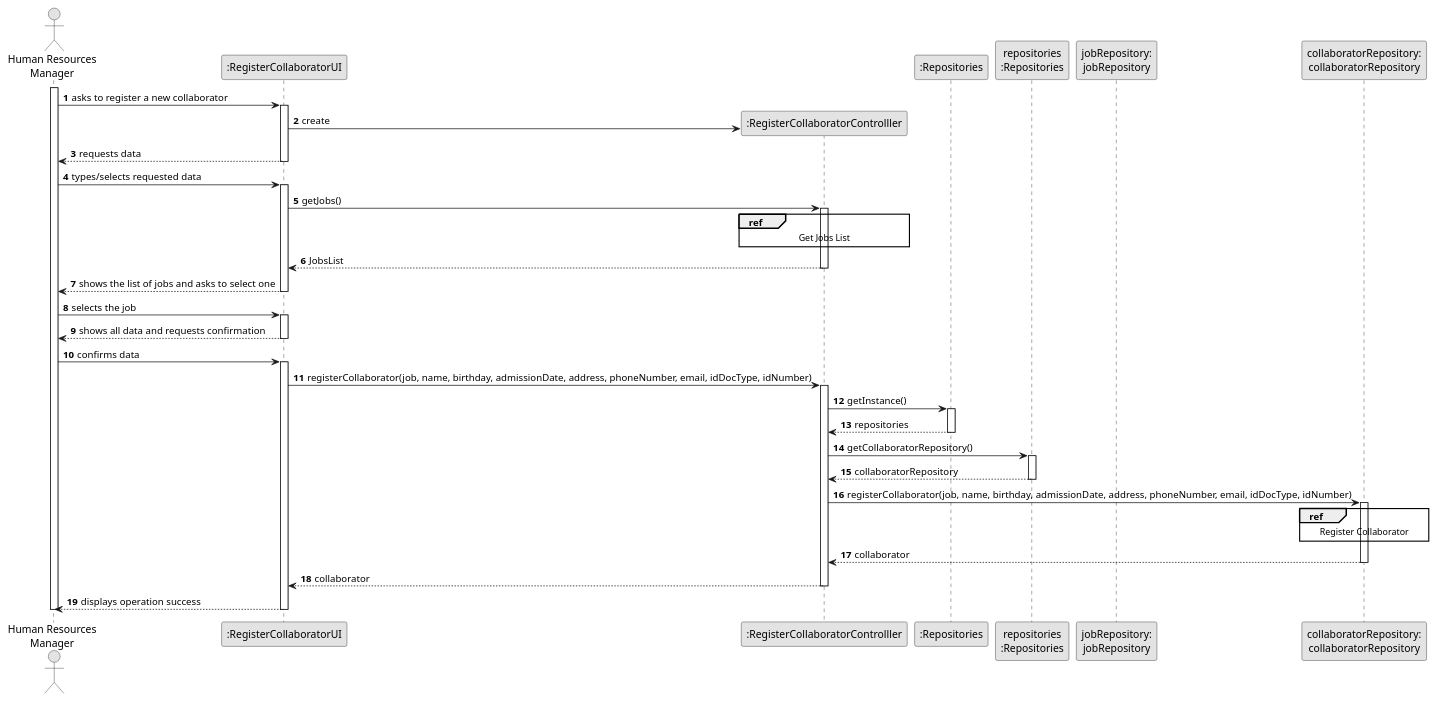
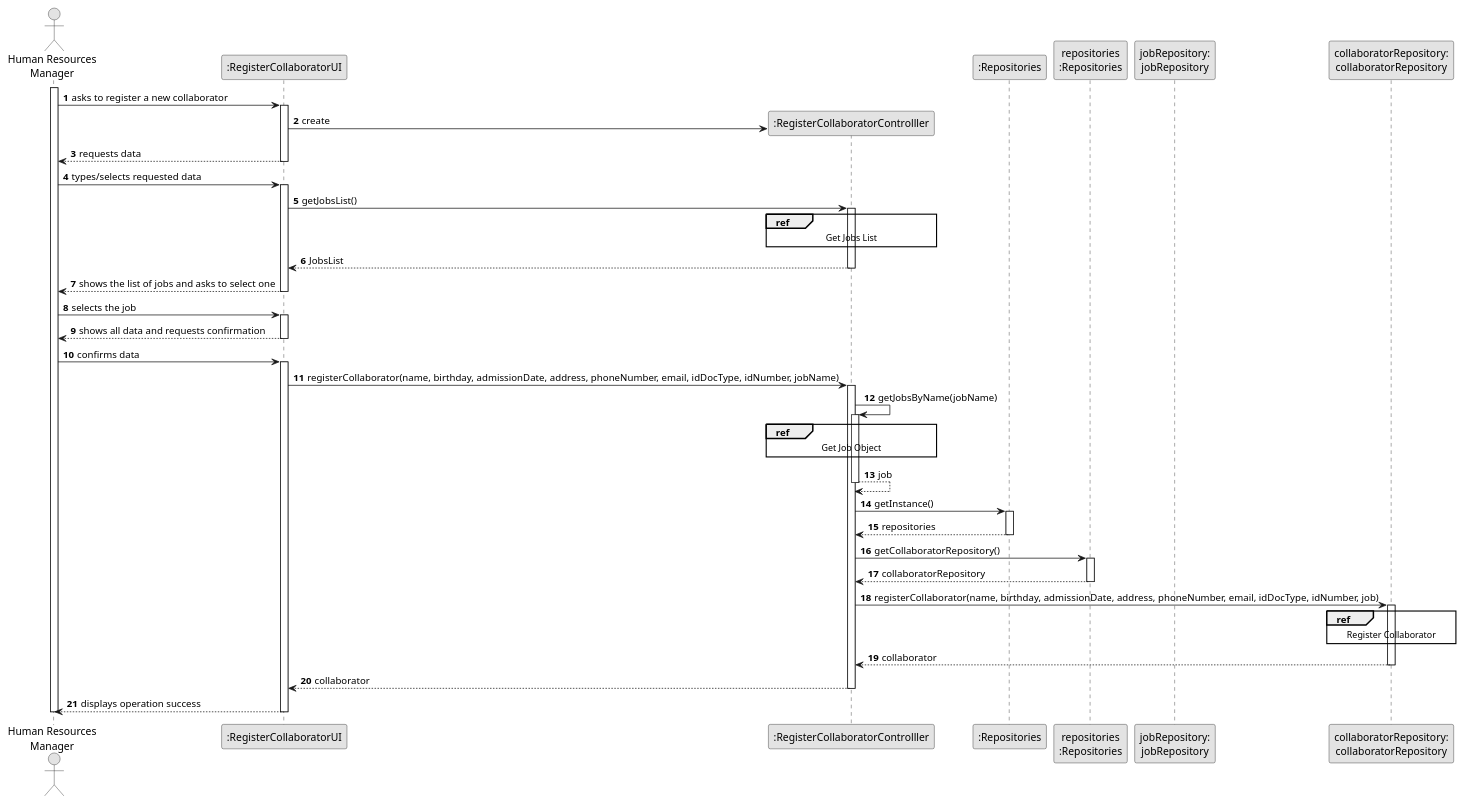
The diagram in docs/sprintA&B/us003/03.design/puml/us003-sequence-diagram-split.puml (daniel41silva05/ISEP_2023_2024_LAPR2), drawn with PlantUML before and after one commit. The commit also changed 15 other files, not shown here.

Commit message:
ED-17: US3 - corrections in coherence between sequence diagram, class diagram and implementation

```diff
--- a/docs/sprintA&B/us003/03.design/puml/us003-sequence-diagram-split.puml
+++ b/docs/sprintA&B/us003/03.design/puml/us003-sequence-diagram-split.puml
@@ -1,85 +1,95 @@
 @startuml
 skinparam monochrome true
 skinparam packageStyle rectangle
 skinparam shadowing false
 
 autonumber
 
 'hide footbox
 actor "Human Resources\nManager" as HRM
 participant ":RegisterCollaboratorUI" as UI
 participant ":RegisterCollaboratorControlller" as CTRL
 participant ":Repositories" as REP
 participant "repositories\n:Repositories" as REPS
 participant "jobRepository:\njobRepository" as jobRepository
 participant "collaboratorRepository:\ncollaboratorRepository" as collaboratorRepository
 
 activate HRM
 
     HRM -> UI : asks to register a new collaborator
     activate UI
 
         UI -> CTRL** : create
 
     UI --> HRM : requests data
     deactivate UI
 
     HRM -> UI : types/selects requested data
     activate UI
 
-        UI -> CTRL : getJobs()
+        UI -> CTRL : getJobsList()
         activate CTRL
 
             ref over CTRL
                 Get Jobs List
             end ref
 
         CTRL --> UI : JobsList
         deactivate CTRL
 
     UI --> HRM : shows the list of jobs and asks to select one
     deactivate UI
 
     HRM -> UI : selects the job
     activate UI
 
     UI --> HRM : shows all data and requests confirmation
     deactivate UI
 
     HRM -> UI : confirms data
     activate UI
 
-        UI -> CTRL: registerCollaborator(job, name, birthday, admissionDate, address, phoneNumber, email, idDocType, idNumber)
+        UI -> CTRL: registerCollaborator(name, birthday, admissionDate, address, phoneNumber, email, idDocType, idNumber, jobName)
         activate CTRL
+
+            CTRL -> CTRL: getJobsByName(jobName)
+            activate CTRL
+
+                ref over CTRL
+                    Get Job Object
+                end ref
+
+            CTRL --> CTRL: job
+            deactivate CTRL
 
             CTRL -> REP: getInstance()
             activate REP
 
             REP --> CTRL: repositories
             deactivate REP
 
             CTRL -> REPS: getCollaboratorRepository()
             activate REPS
 
             REPS --> CTRL: collaboratorRepository
             deactivate REPS
 
-            CTRL -> collaboratorRepository: registerCollaborator(job, name, birthday, admissionDate, address, phoneNumber, email, idDocType, idNumber)
+            CTRL -> collaboratorRepository: registerCollaborator(name, birthday, admissionDate, address, phoneNumber, email, idDocType, idNumber, job)
             activate collaboratorRepository
 
                 ref over collaboratorRepository
                     Register Collaborator
                 end ref
 
             collaboratorRepository --> CTRL: collaborator
             deactivate collaboratorRepository
 
         CTRL --> UI: collaborator
         deactivate CTRL
 
     UI --> HRM: displays operation success
     deactivate UI
 
 deactivate HRM
 
 @enduml
```
